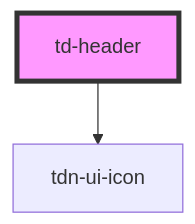
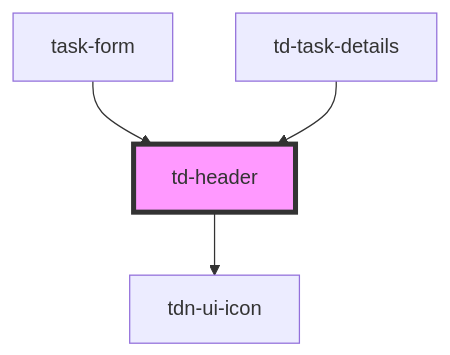
Before and after one commit to ajarana/to-done: the diagram in libs/ui/src/components/td-header/readme.md, drawn with Mermaid. The commit also changed other lines of this file and 24 other files, not shown here.

````diff
--- a/libs/ui/src/components/td-header/readme.md
+++ b/libs/ui/src/components/td-header/readme.md
@@ -30,5 +34,7 @@
 ```mermaid
 graph TD;
   td-header --> tdn-ui-icon
+  task-form --> td-header
+  td-task-details --> td-header
   style td-header fill:#f9f,stroke:#333,stroke-width:4px
 ```
````
